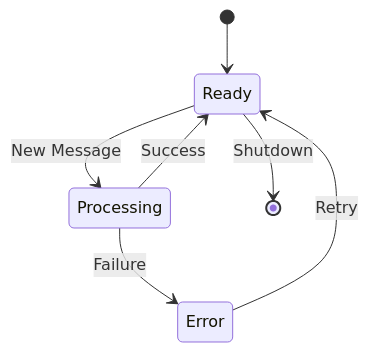
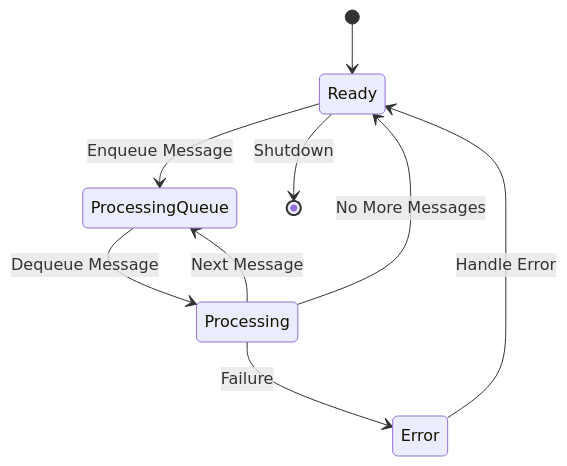
One commit to 0xPlaygrounds/awesome-rig changed the diagram in agent_state_machine/README.md. Above: the diagram before and after it, drawn with Mermaid. The commit also changed other lines of this file and 6 other files, not shown here.

````diff
--- a/agent_state_machine/README.md
+++ b/agent_state_machine/README.md
@@ -83,9 +108,11 @@
 ```mermaid
 stateDiagram-v2
     [*] --> Ready
-    Ready --> Processing: New Message
-    Processing --> Ready: Success
+    Ready --> ProcessingQueue: Enqueue Message
+    ProcessingQueue --> Processing: Dequeue Message
+    Processing --> ProcessingQueue: Next Message
+    Processing --> Ready: No More Messages
     Processing --> Error: Failure
-    Error --> Ready: Retry
+    Error --> Ready: Handle Error
     Ready --> [*]: Shutdown
 ```
````
